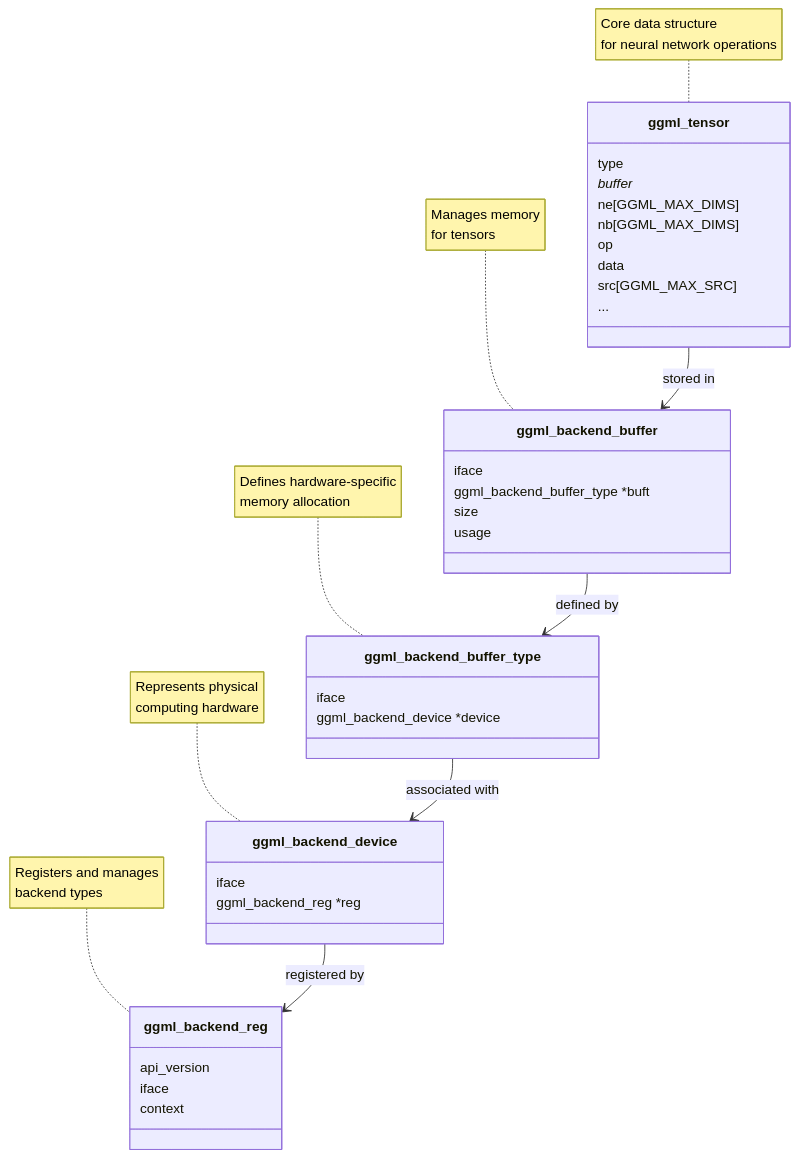
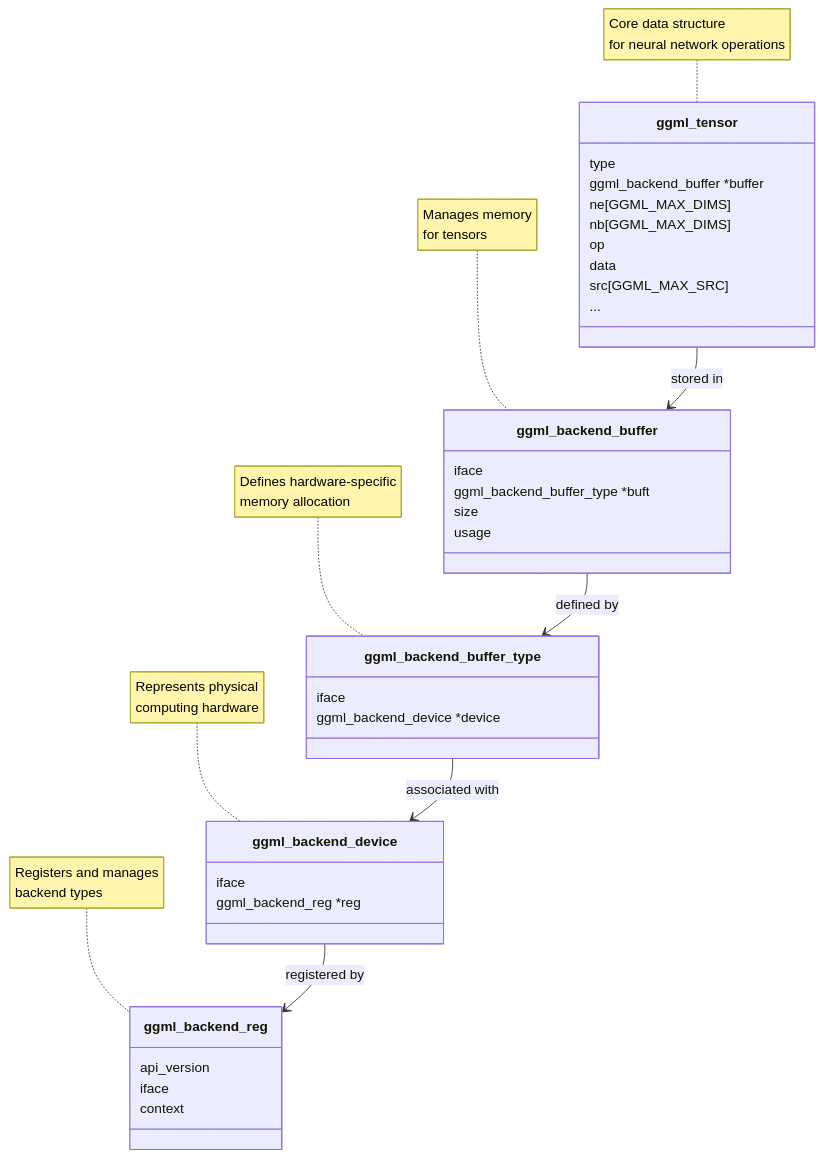
The diagram in LLM/GGML.md (cshbli/ML-CV-AI), drawn with Mermaid before and after one commit. The commit also changed 6 other files, not shown here.

````diff
--- a/LLM/GGML.md
+++ b/LLM/GGML.md
@@ -3,47 +3,47 @@
 ```mermaid
 classDiagram
     class ggml_tensor {
         type
-        buffer*
+        ggml_backend_buffer *buffer
         ne[GGML_MAX_DIMS]
         nb[GGML_MAX_DIMS]
         op
         data
         src[GGML_MAX_SRC]
         ...
     }
     
     class ggml_backend_buffer {
         iface
         ggml_backend_buffer_type *buft
         size
         usage
     }
     
     class ggml_backend_buffer_type {
         iface
         ggml_backend_device *device        
     }
     
     class ggml_backend_device {
         iface
         ggml_backend_reg *reg        
     }
     
     class ggml_backend_reg {
         api_version
         iface
         context
     }
     
     ggml_tensor --> ggml_backend_buffer : stored in
     ggml_backend_buffer --> ggml_backend_buffer_type : defined by
     ggml_backend_buffer_type --> ggml_backend_device : associated with
     ggml_backend_device --> ggml_backend_reg : registered by
     
     note for ggml_tensor "Core data structure<br>for neural network operations"
     note for ggml_backend_buffer "Manages memory<br>for tensors"
     note for ggml_backend_buffer_type "Defines hardware-specific<br>memory allocation"
     note for ggml_backend_device "Represents physical<br>computing hardware"
     note for ggml_backend_reg "Registers and manages<br>backend types"
 ```
````
